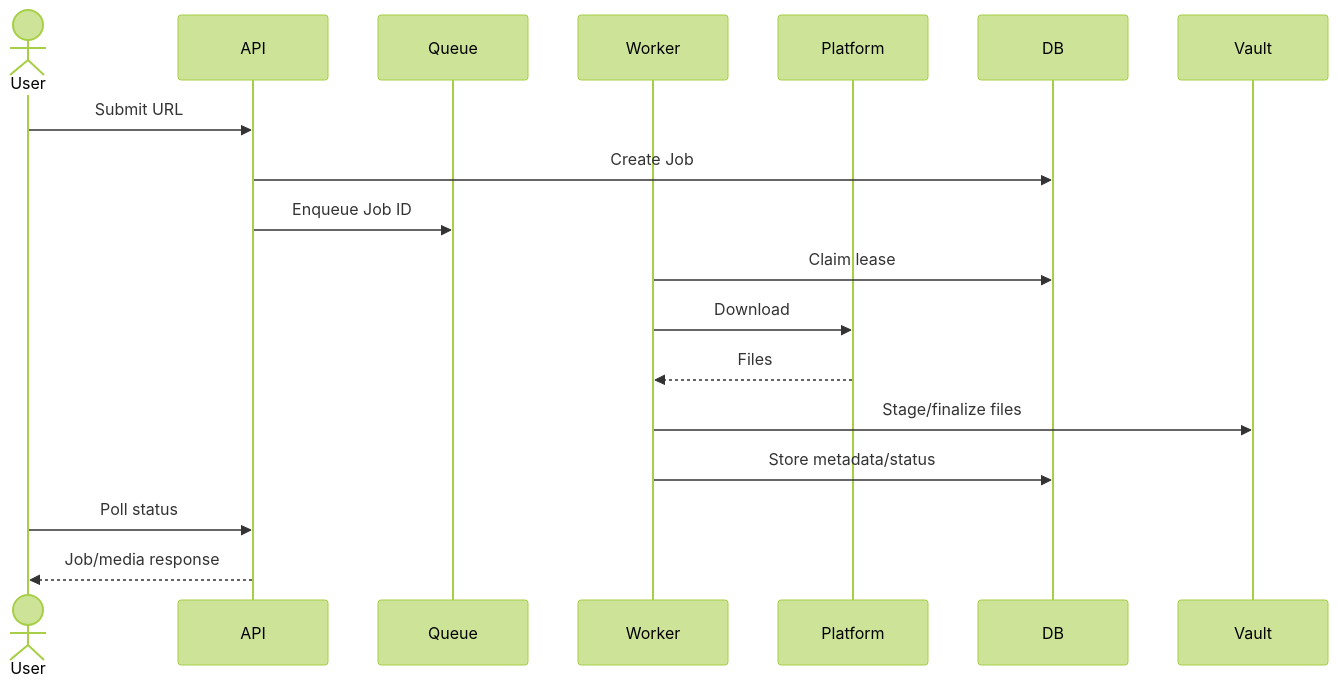
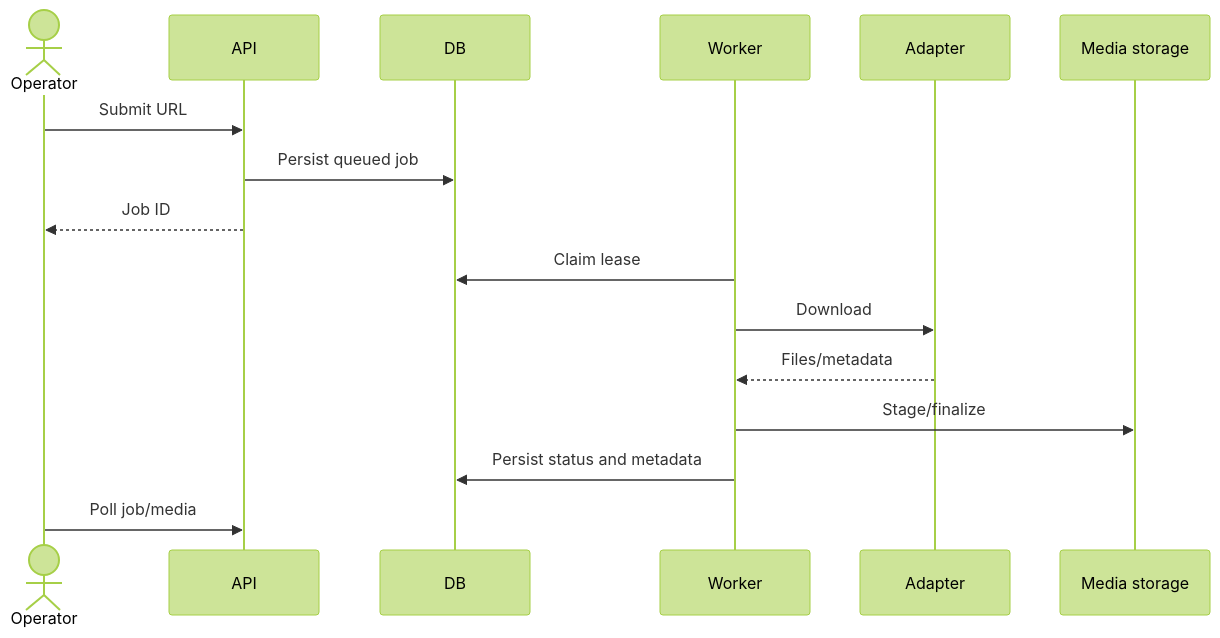
The diagram in docs/01-requirements/use-cases.md (ekolancer/SocDownload), drawn with Mermaid (forest theme) before and after one commit. The commit also changed other lines of this file and 19 other files, not shown here.

````diff
--- a/docs/01-requirements/use-cases.md
+++ b/docs/01-requirements/use-cases.md
@@ -49,20 +36,18 @@
 ```mermaid
 sequenceDiagram
-  actor User
-  participant API
-  participant Queue
-  participant Worker
-  participant Platform
-  participant DB
-  participant Vault
-  User->>API: Submit URL
-  API->>DB: Create Job
-  API->>Queue: Enqueue Job ID
-  Worker->>DB: Claim lease
-  Worker->>Platform: Download
-  Platform-->>Worker: Files
-  Worker->>Vault: Stage/finalize files
-  Worker->>DB: Store metadata/status
-  User->>API: Poll status
-  API-->>User: Job/media response
+ actor Operator
+ participant API
+ participant DB
+ participant Worker
+ participant Adapter
+ participant FS as Media storage
+ Operator->>API: Submit URL
+ API->>DB: Persist queued job
+ API-->>Operator: Job ID
+ Worker->>DB: Claim lease
+ Worker->>Adapter: Download
+ Adapter-->>Worker: Files/metadata
+ Worker->>FS: Stage/finalize
+ Worker->>DB: Persist status and metadata
+ Operator->>API: Poll job/media
 ```
````
